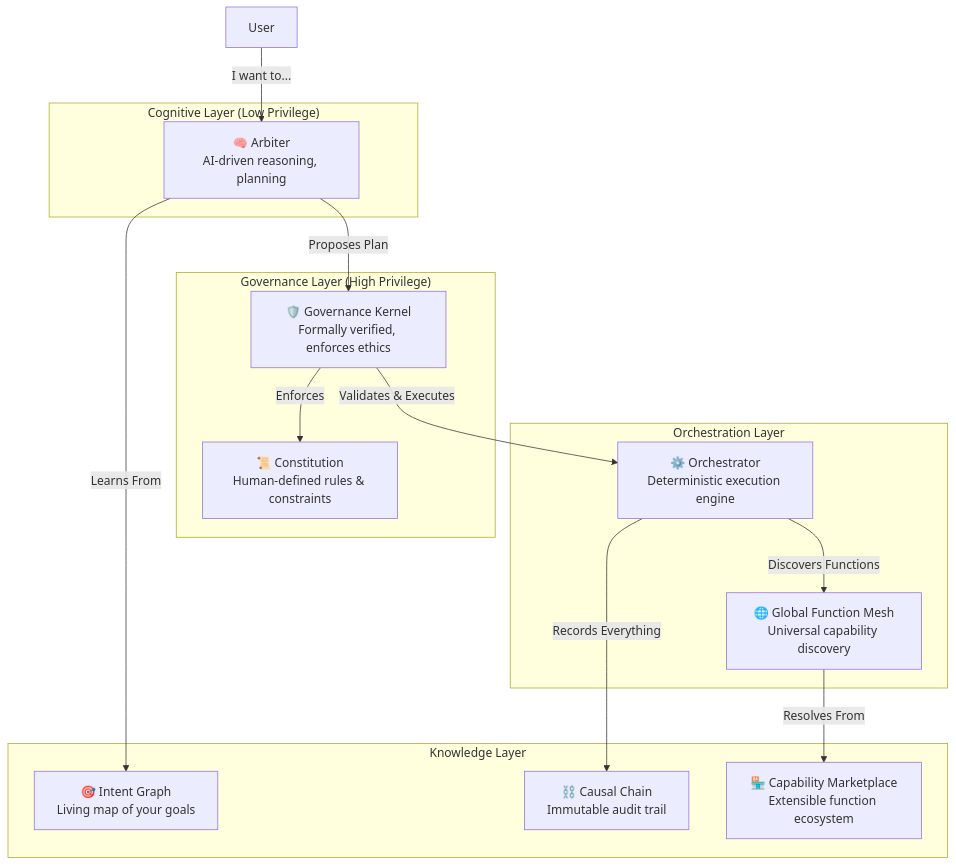
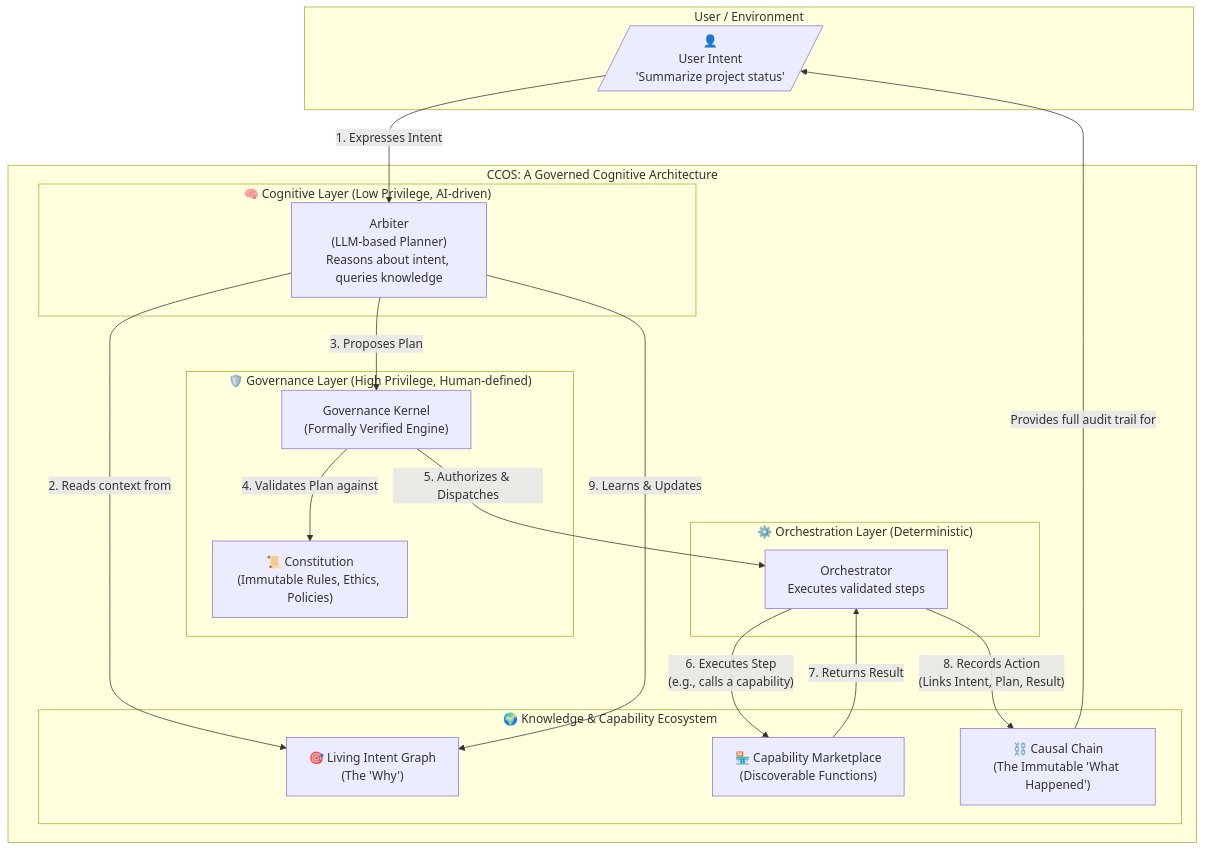
The diagram in README.md (mandubian/ccos), drawn with Mermaid before and after one commit. The commit also changed other lines of this file, not shown here.

````diff
--- a/README.md
+++ b/README.md
@@ -41,31 +113,39 @@
 ```mermaid
-graph TB
-    subgraph "Cognitive Layer (Low Privilege)"
-        Arbiter["🧠 Arbiter<br/>AI-driven reasoning, planning"]
+graph TD
+    subgraph User / Environment
+        U[/"👤<br/>User Intent<br/>'Summarize project status'"/]
     end
-    
-    subgraph "Governance Layer (High Privilege)"  
-        Kernel["🛡️ Governance Kernel<br/>Formally verified, enforces ethics"]
-        Constitution["📜 Constitution<br/>Human-defined rules & constraints"]
+
+    subgraph "CCOS: A Governed Cognitive Architecture"
+        subgraph "🧠 Cognitive Layer (Low Privilege, AI-driven)"
+            Arbiter["Arbiter<br/>(LLM-based Planner)<br/>Reasons about intent, queries knowledge"]
+        end
+
+        subgraph "🛡️ Governance Layer (High Privilege, Human-defined)"
+            Kernel["Governance Kernel<br/>(Formally Verified Engine)"]
+            Constitution["📜 Constitution<br/>(Immutable Rules, Ethics, Policies)"]
+        end
+
+        subgraph "⚙️ Orchestration Layer (Deterministic)"
+            Orchestrator["Orchestrator<br/>Executes validated steps"]
+        end
+
+        subgraph "🌍 Knowledge & Capability Ecosystem"
+            IntentGraph["🎯 Living Intent Graph<br/>(The 'Why')"]
+            Marketplace["🏪 Capability Marketplace<br/>(Discoverable Functions)"]
+            CausalChain["⛓️ Causal Chain<br/>(The Immutable 'What Happened')"]
+        end
     end
-    
-    subgraph "Orchestration Layer"
-        Orchestrator["⚙️ Orchestrator<br/>Deterministic execution engine"]
-        GFM["🌐 Global Function Mesh<br/>Universal capability discovery"]
-    end
-    
-    subgraph "Knowledge Layer"
-        IntentGraph["🎯 Intent Graph<br/>Living map of your goals"]
-        CausalChain["⛓️ Causal Chain<br/>Immutable audit trail"]
-        Marketplace["🏪 Capability Marketplace<br/>Extensible function ecosystem"]
-    end
-    
-    User -->|"I want to..."| Arbiter
-    Arbiter -->|Proposes Plan| Kernel
-    Kernel -->|Validates & Executes| Orchestrator
-    Orchestrator -->|Discovers Functions| GFM
-    GFM -->|Resolves From| Marketplace
-    Orchestrator -->|Records Everything| CausalChain
-    Arbiter -->|Learns From| IntentGraph
-    Kernel -->|Enforces| Constitution
+
+    %% Flows
+    U --> |1. Expresses Intent| Arbiter
+    Arbiter -- "2. Reads context from" --> IntentGraph
+    Arbiter -- "3. Proposes Plan" --> Kernel
+    Kernel -- "4. Validates Plan against" --> Constitution
+    Kernel -- "5. Authorizes & Dispatches" --> Orchestrator
+    Orchestrator -- "6. Executes Step<br/>(e.g., calls a capability)" --> Marketplace
+    Marketplace -- "7. Returns Result" --> Orchestrator
+    Orchestrator -- "8. Records Action<br/>(Links Intent, Plan, Result)" --> CausalChain
+    Arbiter -- "9. Learns & Updates" --> IntentGraph
+    CausalChain -- "Provides full audit trail for" --> U
 ```
````
